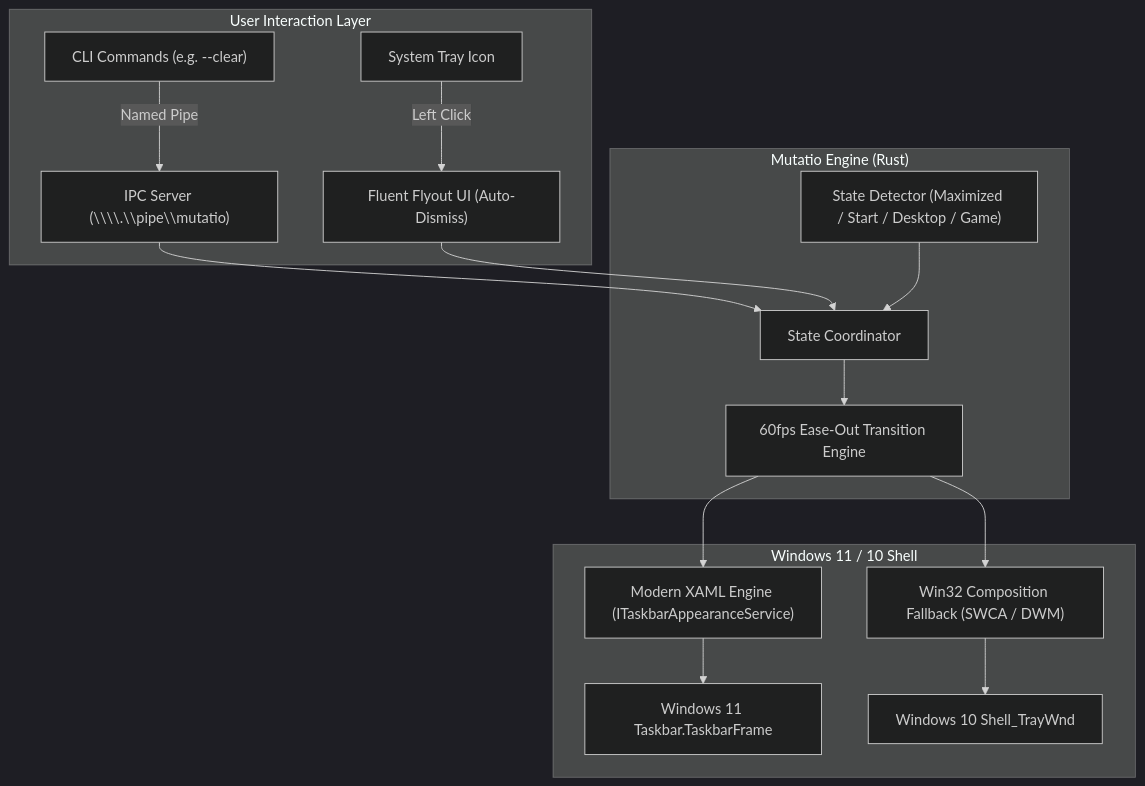
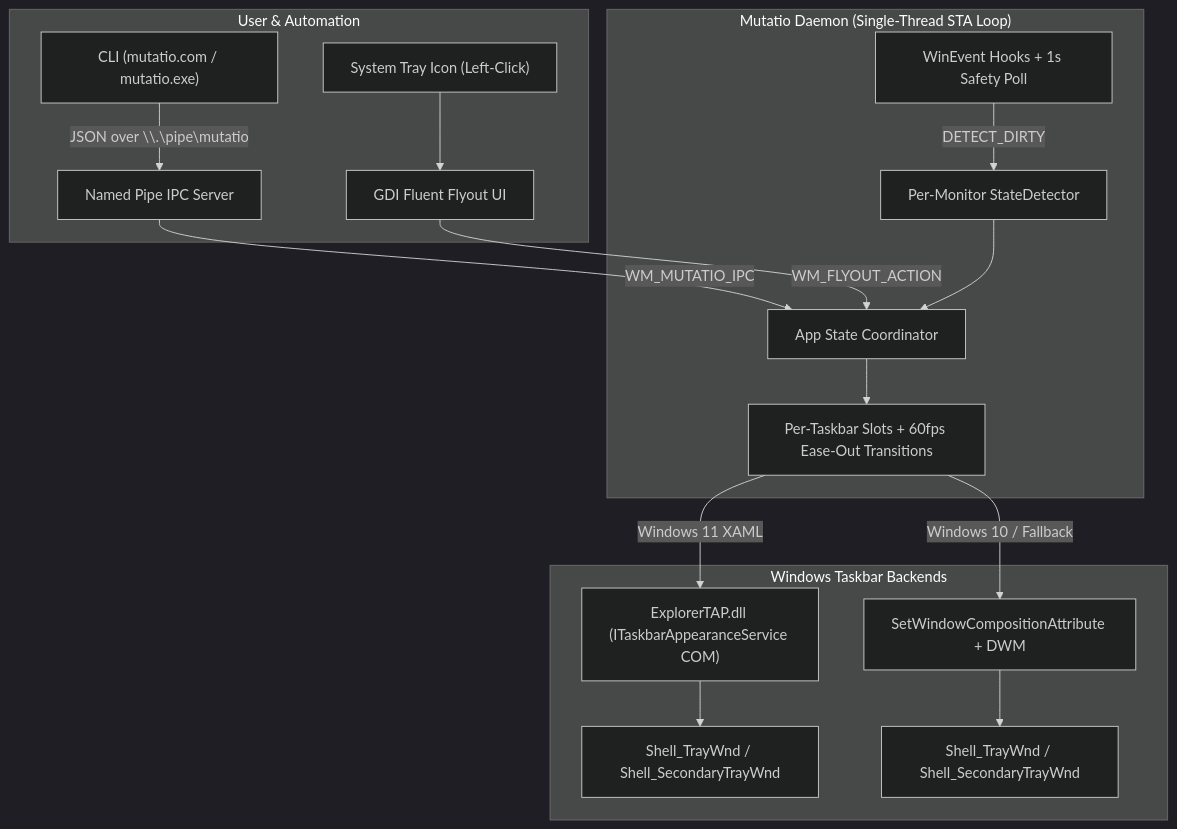
One commit to projectGloria/Mutatio changed the diagram in README.md. Above: the diagram before and after it, drawn with Mermaid (dark theme). The commit also changed other lines of this file and 3 other files, not shown here.

````diff
--- a/README.md
+++ b/README.md
@@ -45,21 +50,22 @@
 ```mermaid
 flowchart TD
-    subgraph UI ["User Interaction Layer"]
-        Tray["System Tray Icon"] -->|Left Click| Flyout["Fluent Flyout UI (Auto-Dismiss)"]
-        CLI["CLI Commands (e.g. --clear)"] -->|Named Pipe| IPC["IPC Server (\\\\.\\pipe\\mutatio)"]
+    subgraph Input ["User & Automation"]
+        Tray["System Tray Icon (Left-Click)"] --> Flyout["GDI Fluent Flyout UI"]
+        CLI["CLI (mutatio.com / mutatio.exe)"] -->|"JSON over \\.\pipe\mutatio"| IPC["Named Pipe IPC Server"]
     end
 
-    subgraph Core ["Mutatio Engine (Rust)"]
-        IPC --> Loop["State Coordinator"]
-        Flyout --> Loop
-        Detector["State Detector (Maximized / Start / Desktop / Game)"] --> Loop
-        Loop --> Trans["60fps Ease-Out Transition Engine"]
+    subgraph Core ["Mutatio Daemon (Single-Thread STA Loop)"]
+        IPC -->|WM_MUTATIO_IPC| Loop["App State Coordinator"]
+        Flyout -->|WM_FLYOUT_ACTION| Loop
+        Hooks["WinEvent Hooks + 1s Safety Poll"] -->|DETECT_DIRTY| Detector["Per-Monitor StateDetector"]
+        Detector --> Loop
+        Loop --> Slots["Per-Taskbar Slots + 60fps Ease-Out Transitions"]
     end
 
-    subgraph Shell ["Windows 11 / 10 Shell"]
-        Trans --> ModernEngine["Modern XAML Engine (ITaskbarAppearanceService)"]
-        Trans --> LegacyEngine["Win32 Composition Fallback (SWCA / DWM)"]
-        ModernEngine --> Explorer["Windows 11 Taskbar.TaskbarFrame"]
-        LegacyEngine --> Explorer10["Windows 10 Shell_TrayWnd"]
+    subgraph Shell ["Windows Taskbar Backends"]
+        Slots -->|"Windows 11 XAML"| Modern["ExplorerTAP.dll (ITaskbarAppearanceService COM)"]
+        Slots -->|"Windows 10 / Fallback"| Legacy["SetWindowCompositionAttribute + DWM"]
+        Modern --> Taskbar11["Shell_TrayWnd / Shell_SecondaryTrayWnd"]
+        Legacy --> Taskbar10["Shell_TrayWnd / Shell_SecondaryTrayWnd"]
     end
 ```
````
